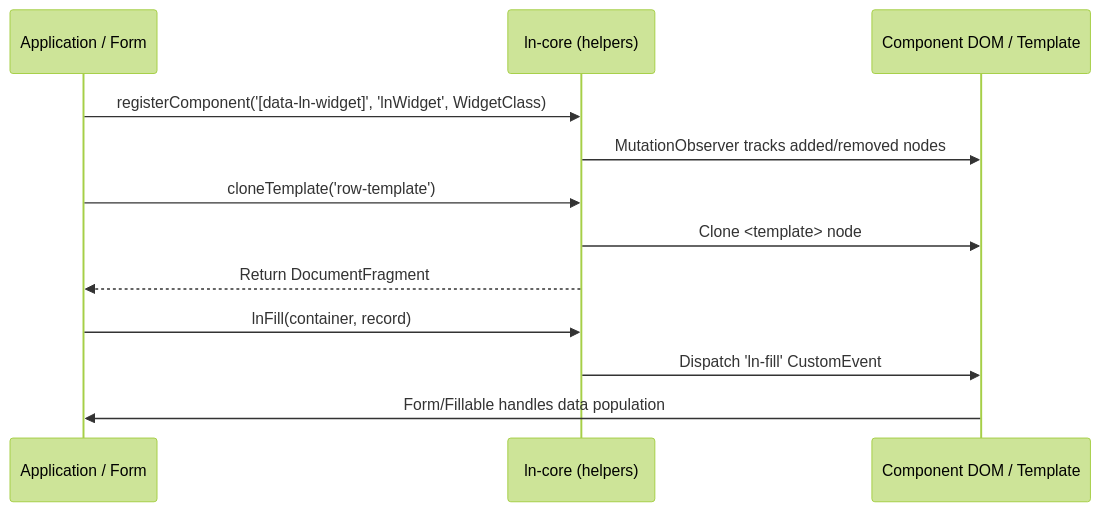
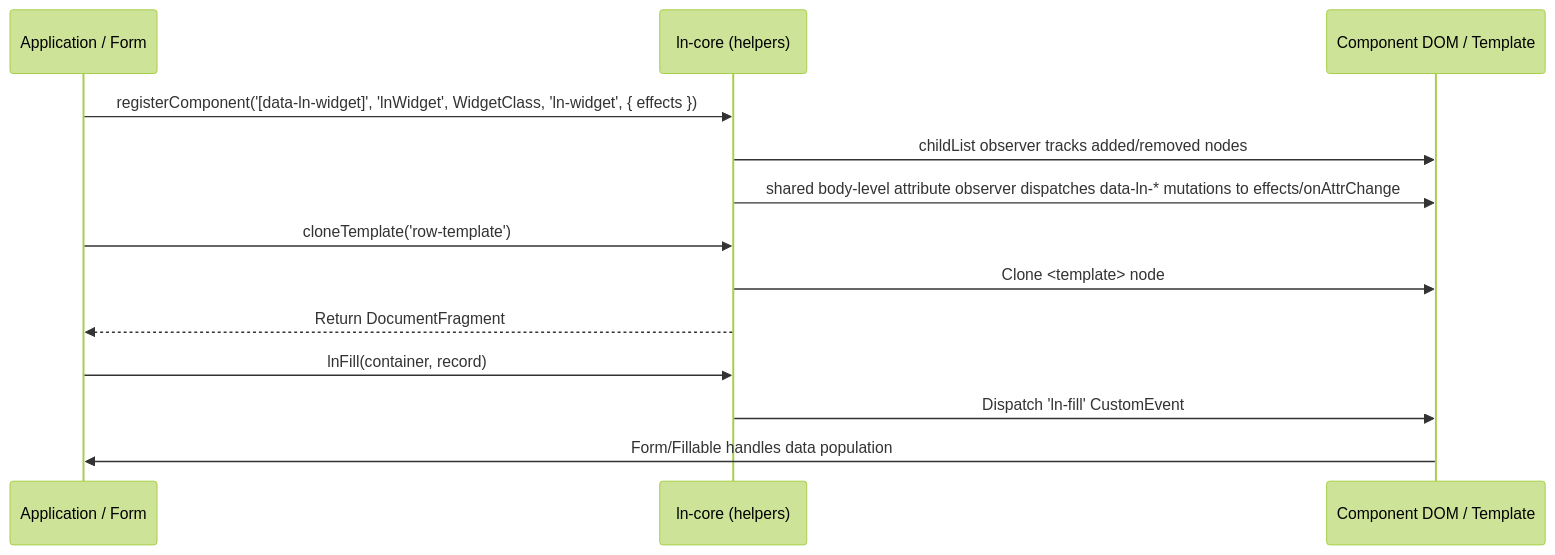
One commit to livenetworks/ln-ashlar changed the diagram in docs-mcp/components/ln-core.md. Above: the diagram before and after it, drawn with Mermaid (forest theme). The commit also changed other lines of this file and 11 other files, not shown here.

First line of the commit message:
docs: align doctrine and the docs-mcp corpus with the shared attribute observer

````diff
--- a/docs-mcp/components/ln-core.md
+++ b/docs-mcp/components/ln-core.md
@@ -159,17 +170,18 @@
 ```mermaid
 sequenceDiagram
     participant App as Application / Form
     participant Core as ln-core (helpers)
     participant DOM as Component DOM / Template
 
-    App->>Core: registerComponent('[data-ln-widget]', 'lnWidget', WidgetClass)
-    Core->>DOM: MutationObserver tracks added/removed nodes
+    App->>Core: registerComponent('[data-ln-widget]', 'lnWidget', WidgetClass, 'ln-widget', { effects })
+    Core->>DOM: childList observer tracks added/removed nodes
+    Core->>DOM: shared body-level attribute observer dispatches data-ln-* mutations to effects/onAttrChange
     
     App->>Core: cloneTemplate('row-template')
     Core->>DOM: Clone <template> node
     Core-->>App: Return DocumentFragment
 
     App->>Core: lnFill(container, record)
     Core->>DOM: Dispatch 'ln-fill' CustomEvent
     DOM->>App: Form/Fillable handles data population
 ```
````
